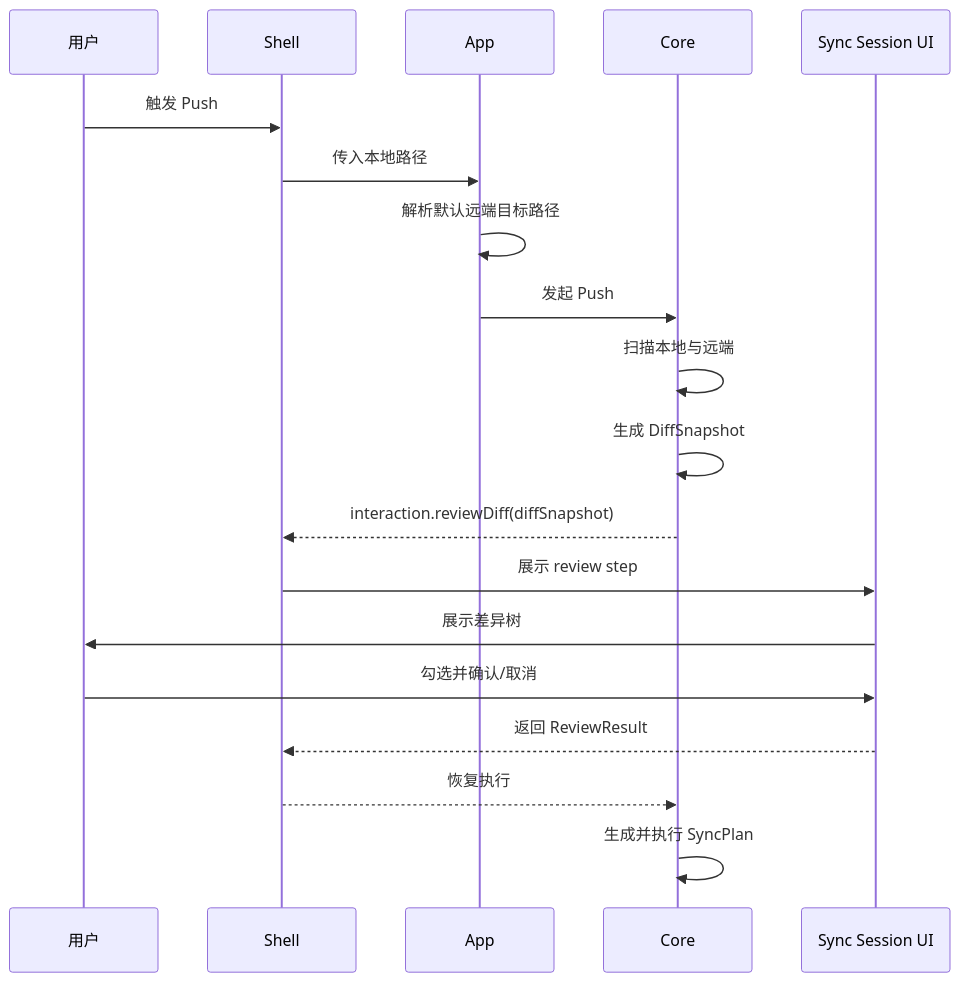
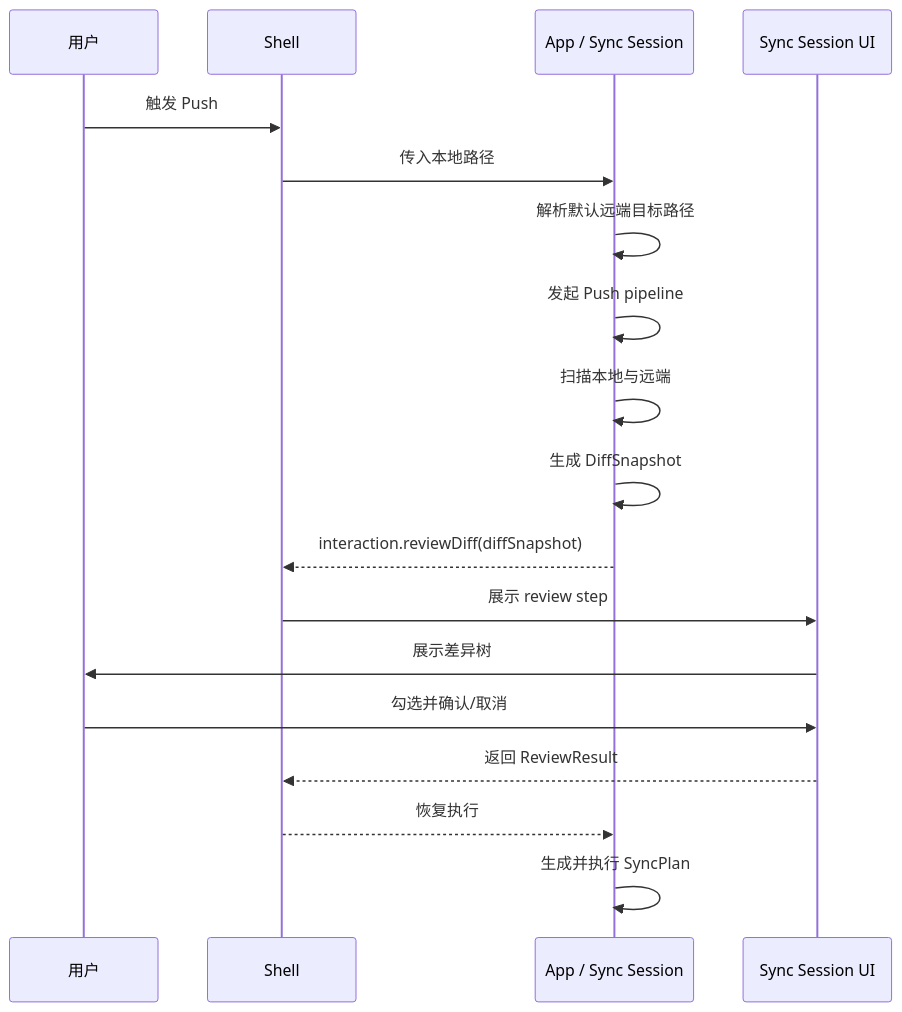
One commit to agalloch21/sync-with-rclone changed the fourth of 15 diagrams in docs/Flows.md. Above: the diagram before and after it, drawn with Mermaid. The commit also changed other lines of this file and 29 other files, not shown here.

````diff
--- a/docs/Flows.md
+++ b/docs/Flows.md
@@ -75,22 +73,21 @@
 ```mermaid
 sequenceDiagram
   participant U as 用户
   participant S as Shell
-  participant A as App
-  participant C as Core
+  participant A as App / Sync Session
   participant W as Sync Session UI
 
   U->>S: 触发 Push
   S->>A: 传入本地路径
   A->>A: 解析默认远端目标路径
-  A->>C: 发起 Push
-  C->>C: 扫描本地与远端
-  C->>C: 生成 DiffSnapshot
-  C-->>S: interaction.reviewDiff(diffSnapshot)
+  A->>A: 发起 Push pipeline
+  A->>A: 扫描本地与远端
+  A->>A: 生成 DiffSnapshot
+  A-->>S: interaction.reviewDiff(diffSnapshot)
   S->>W: 展示 review step
   W->>U: 展示差异树
   U->>W: 勾选并确认/取消
   W-->>S: 返回 ReviewResult
-  S-->>C: 恢复执行
-  C->>C: 生成并执行 SyncPlan
+  S-->>A: 恢复执行
+  A->>A: 生成并执行 SyncPlan
 ```
````
